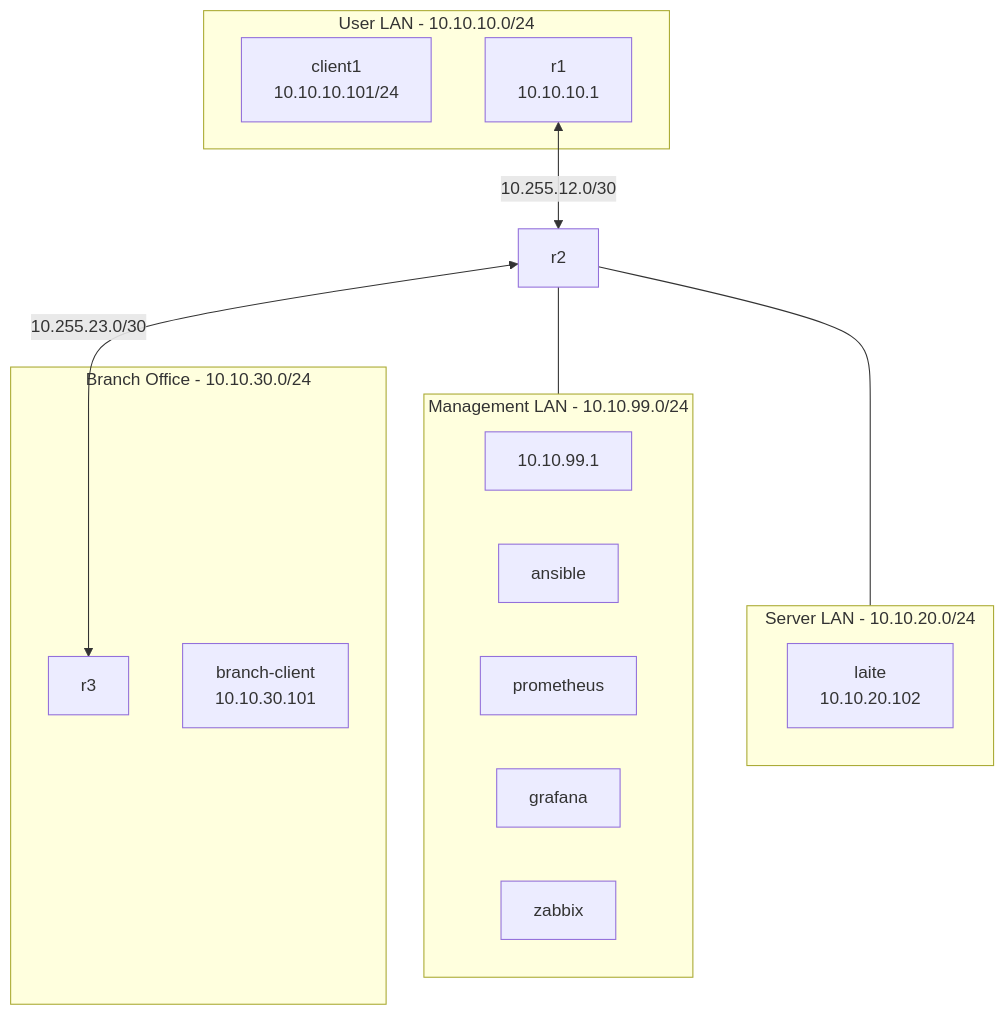
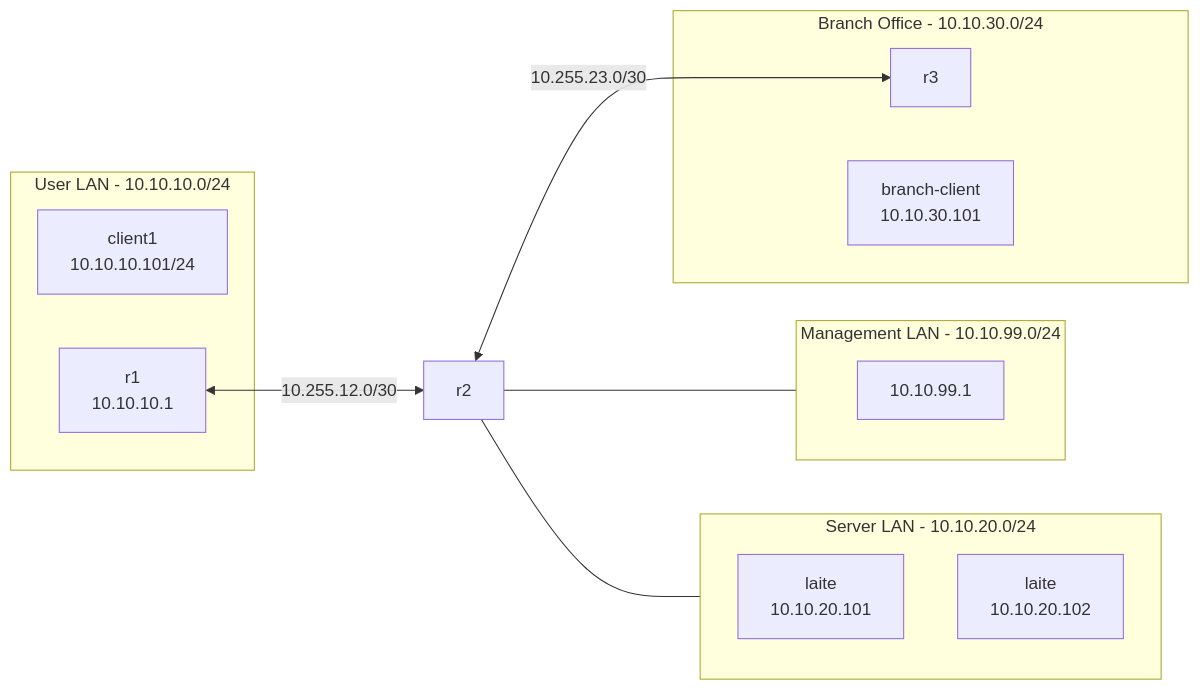
Before and after one commit to porokone/Verkonhallinta-INTIM25A6: the first of 2 diagrams in reports/week01.md, drawn with Mermaid. The commit also changed other lines of this file, not shown here.

````diff
--- a/reports/week01.md
+++ b/reports/week01.md
@@ -15,32 +17,28 @@
 ```mermaid
-flowchart TB
+flowchart LR
 
     subgraph USER["User LAN - 10.10.10.0/24"]
         CLIENT1["client1<br/>10.10.10.101/24"]
         R1["r1<br/>10.10.10.1"]
     end
 
     subgraph SERVER["Server LAN - 10.10.20.0/24"]
-        LAITE["laite<br/>10.10.20.101"]
-        LAITE["laite<br/>10.10.20.102"]
+        SERVER1["laite<br/>10.10.20.101"]
+        SERVER2["laite<br/>10.10.20.102"]
     end
 
     subgraph MGMT["Management LAN - 10.10.99.0/24"]
-        MGMTGW["10.10.99.1"]
-        ANSIBLE["ansible"]
-        PROMETHEUS["prometheus"]
-        GRAFANA["grafana"]
-        ZABBIX["zabbix"]
+        MGMTLAITE1["10.10.99.1"]
     end
 
     subgraph BRANCH["Branch Office - 10.10.30.0/24"]
         R3["r3<br/>10.10.30.1"]
         BRANCHCLIENT["branch-client<br/>10.10.30.101"]
     end
 
     R1 <-->|"10.255.12.0/30"| R2["r2"]
     R2 <-->|"10.255.23.0/30"| R3["r3"]
 
     R2 --- SERVER
     R2 --- MGMT
 ```
````
